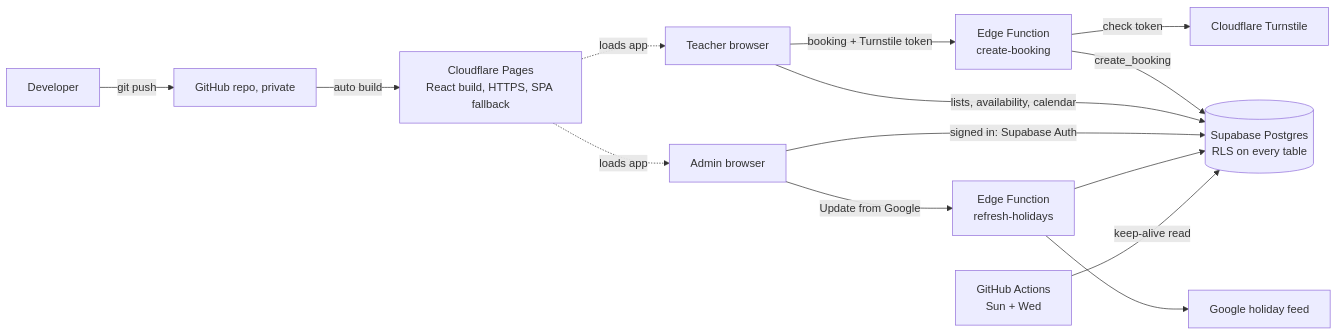
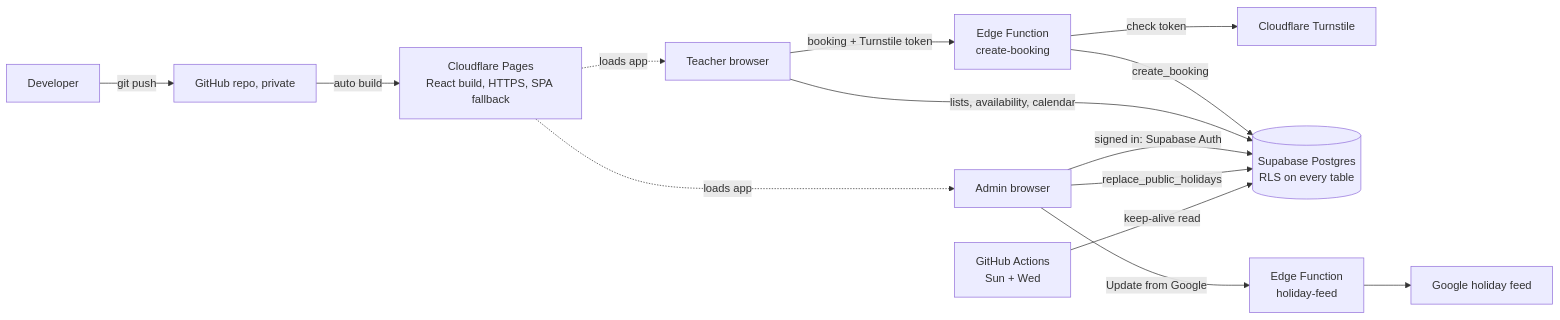
The third of 5 diagrams in docs/architecture.md (ictmitspi/mitspi-sys), drawn with Mermaid before and after one commit. The commit also changed other lines of this file and 2 other files, not shown here.

````diff
--- a/docs/architecture.md
+++ b/docs/architecture.md
@@ -135,16 +122,16 @@
 ```mermaid
 flowchart LR
   Dev[Developer] -->|git push| GH[GitHub repo, private]
   GH -->|auto build| CF[Cloudflare Pages<br/>React build, HTTPS, SPA fallback]
   CF -.->|loads app| T[Teacher browser]
   CF -.->|loads app| A[Admin browser]
   T -->|booking + Turnstile token| EF1[Edge Function<br/>create-booking]
   EF1 -->|check token| TS[Cloudflare Turnstile]
   EF1 -->|create_booking| DB
   T -->|lists, availability, calendar| DB[(Supabase Postgres<br/>RLS on every table)]
   A -->|signed in: Supabase Auth| DB
-  A -->|Update from Google| EF2[Edge Function<br/>refresh-holidays]
+  A -->|Update from Google| EF2[Edge Function<br/>holiday-feed]
   EF2 --> G[Google holiday feed]
-  EF2 --> DB
+  A -->|replace_public_holidays| DB
   GA[GitHub Actions<br/>Sun + Wed] -->|keep-alive read| DB
 ```
````
